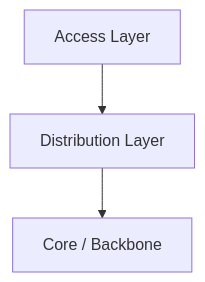
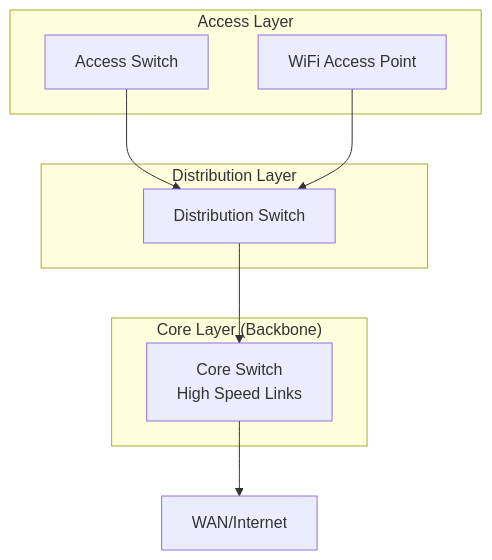
One commit to tkr22777/teaching-kg-574 changed the first of 2 diagrams in 03_backbones_segmentation.md. Above: the diagram before and after it, drawn with Mermaid. The commit also changed other lines of this file and 1 other file, not shown here.

Commit message:
updated backbone and segmentation

````diff
--- a/03_backbones_segmentation.md
+++ b/03_backbones_segmentation.md
@@ -23,9 +48,20 @@
 ```mermaid
 graph TD
-  Access[Access Layer]
-  Distribution[Distribution Layer]
-  Core[Core / Backbone]
-
-  Access --> Distribution
-  Distribution --> Core
+  subgraph "Access Layer"
+    AS1[Access Switch]
+    AS2[WiFi Access Point]
+  end
+  
+  subgraph "Distribution Layer"
+    DS[Distribution Switch]
+  end
+  
+  subgraph "Core Layer (Backbone)"
+    CS[Core Switch<br/>High Speed Links]
+  end
+  
+  AS1 --> DS
+  AS2 --> DS
+  DS --> CS
+  CS --> WAN/Internet
 ```
````
